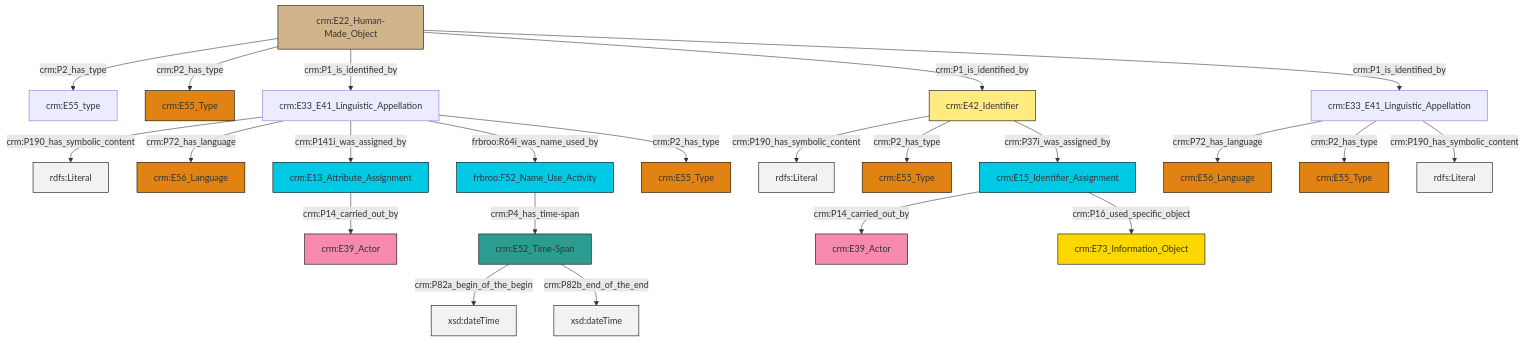
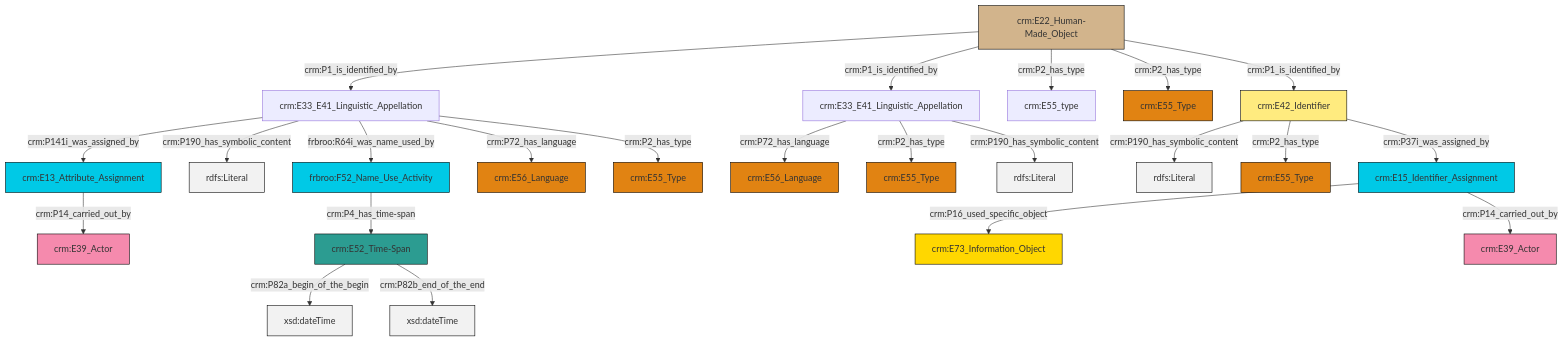
Before and after one commit to swiss-art-research-net/reference-data-models: the diagram in et/artworkCSV/ttl/mmd/Artwork_Name.ttl.mmd, drawn with Mermaid. The commit also changed 127 other files, not shown here.

```diff
--- a/et/artworkCSV/ttl/mmd/Artwork_Name.ttl.mmd
+++ b/et/artworkCSV/ttl/mmd/Artwork_Name.ttl.mmd
@@ -1,37 +1,37 @@
 graph TD
 classDef Literal fill:#f2f2f2,stroke:#000000;
 classDef CRM_Entity fill:#FFFFFF,stroke:#000000;
 classDef Temporal_Entity fill:#00C9E6, stroke:#000000;
 classDef Type fill:#E18312, stroke:#000000;
 classDef Time-Span fill:#2C9C91, stroke:#000000;
 classDef Appellation fill:#FFEB7F, stroke:#000000;
 classDef Place fill:#008836, stroke:#000000;
 classDef Persistent_Item fill:#B266B2, stroke:#000000;
 classDef Conceptual_Object fill:#FFD700, stroke:#000000;
 classDef Physical_Thing fill:#D2B48C, stroke:#000000;
 classDef Actor fill:#f58aad, stroke:#000000;
 classDef PC_Classes fill:#4ce600, stroke:#000000;
 classDef Multi fill:#cccccc,stroke:#000000;
 
-4["crm:E22_Human-Made_Object"]:::Physical_Thing -->|crm:P2_has_type| 6["crm:E55_type"]:::Default
-2["crm:E52_Time-Span"]:::Time-Span -->|crm:P82a_begin_of_the_begin| 8[xsd:dateTime]:::Literal
-4["crm:E22_Human-Made_Object"]:::Physical_Thing -->|crm:P2_has_type| 9["crm:E55_Type"]:::Type
-10["frbroo:F52_Name_Use_Activity"]:::Temporal_Entity -->|crm:P4_has_time-span| 2["crm:E52_Time-Span"]:::Time-Span
-11["crm:E33_E41_Linguistic_Appellation"]:::Default -->|crm:P72_has_language| 12["crm:E56_Language"]:::Type
-19["crm:E33_E41_Linguistic_Appellation"]:::Default -->|crm:P190_has_symbolic_content| 20[rdfs:Literal]:::Literal
-19["crm:E33_E41_Linguistic_Appellation"]:::Default -->|crm:P72_has_language| 22["crm:E56_Language"]:::Type
-11["crm:E33_E41_Linguistic_Appellation"]:::Default -->|crm:P2_has_type| 17["crm:E55_Type"]:::Type
-23["crm:E42_Identifier"]:::Appellation -->|crm:P190_has_symbolic_content| 24[rdfs:Literal]:::Literal
-23["crm:E42_Identifier"]:::Appellation -->|crm:P2_has_type| 25["crm:E55_Type"]:::Type
-11["crm:E33_E41_Linguistic_Appellation"]:::Default -->|crm:P190_has_symbolic_content| 28[rdfs:Literal]:::Literal
-19["crm:E33_E41_Linguistic_Appellation"]:::Default -->|crm:P141i_was_assigned_by| 29["crm:E13_Attribute_Assignment"]:::Temporal_Entity
-23["crm:E42_Identifier"]:::Appellation -->|crm:P37i_was_assigned_by| 30["crm:E15_Identifier_Assignment"]:::Temporal_Entity
-30["crm:E15_Identifier_Assignment"]:::Temporal_Entity -->|crm:P14_carried_out_by| 31["crm:E39_Actor"]:::Actor
-19["crm:E33_E41_Linguistic_Appellation"]:::Default -->|frbroo:R64i_was_name_used_by| 10["frbroo:F52_Name_Use_Activity"]:::Temporal_Entity
-4["crm:E22_Human-Made_Object"]:::Physical_Thing -->|crm:P1_is_identified_by| 19["crm:E33_E41_Linguistic_Appellation"]:::Default
-19["crm:E33_E41_Linguistic_Appellation"]:::Default -->|crm:P2_has_type| 26["crm:E55_Type"]:::Type
-2["crm:E52_Time-Span"]:::Time-Span -->|crm:P82b_end_of_the_end| 36[xsd:dateTime]:::Literal
-4["crm:E22_Human-Made_Object"]:::Physical_Thing -->|crm:P1_is_identified_by| 23["crm:E42_Identifier"]:::Appellation
-4["crm:E22_Human-Made_Object"]:::Physical_Thing -->|crm:P1_is_identified_by| 11["crm:E33_E41_Linguistic_Appellation"]:::Default
-30["crm:E15_Identifier_Assignment"]:::Temporal_Entity -->|crm:P16_used_specific_object| 0["crm:E73_Information_Object"]:::Conceptual_Object
-29["crm:E13_Attribute_Assignment"]:::Temporal_Entity -->|crm:P14_carried_out_by| 14["crm:E39_Actor"]:::Actor
+0["crm:E22_Human-Made_Object"]:::Physical_Thing -->|crm:P1_is_identified_by| 1["crm:E33_E41_Linguistic_Appellation"]:::Default
+0["crm:E22_Human-Made_Object"]:::Physical_Thing -->|crm:P1_is_identified_by| 6["crm:E33_E41_Linguistic_Appellation"]:::Default
+0["crm:E22_Human-Made_Object"]:::Physical_Thing -->|crm:P2_has_type| 7["crm:E55_type"]:::Default
+0["crm:E22_Human-Made_Object"]:::Physical_Thing -->|crm:P2_has_type| 9["crm:E55_Type"]:::Type
+10["crm:E42_Identifier"]:::Appellation -->|crm:P190_has_symbolic_content| 11[rdfs:Literal]:::Literal
+0["crm:E22_Human-Made_Object"]:::Physical_Thing -->|crm:P1_is_identified_by| 10["crm:E42_Identifier"]:::Appellation
+1["crm:E33_E41_Linguistic_Appellation"]:::Default -->|crm:P141i_was_assigned_by| 2["crm:E13_Attribute_Assignment"]:::Temporal_Entity
+4["frbroo:F52_Name_Use_Activity"]:::Temporal_Entity -->|crm:P4_has_time-span| 12["crm:E52_Time-Span"]:::Time-Span
+6["crm:E33_E41_Linguistic_Appellation"]:::Default -->|crm:P72_has_language| 14["crm:E56_Language"]:::Type
+10["crm:E42_Identifier"]:::Appellation -->|crm:P2_has_type| 18["crm:E55_Type"]:::Type
+10["crm:E42_Identifier"]:::Appellation -->|crm:P37i_was_assigned_by| 26["crm:E15_Identifier_Assignment"]:::Temporal_Entity
+12["crm:E52_Time-Span"]:::Time-Span -->|crm:P82a_begin_of_the_begin| 27[xsd:dateTime]:::Literal
+2["crm:E13_Attribute_Assignment"]:::Temporal_Entity -->|crm:P14_carried_out_by| 22["crm:E39_Actor"]:::Actor
+1["crm:E33_E41_Linguistic_Appellation"]:::Default -->|crm:P190_has_symbolic_content| 28[rdfs:Literal]:::Literal
+26["crm:E15_Identifier_Assignment"]:::Temporal_Entity -->|crm:P16_used_specific_object| 16["crm:E73_Information_Object"]:::Conceptual_Object
+26["crm:E15_Identifier_Assignment"]:::Temporal_Entity -->|crm:P14_carried_out_by| 20["crm:E39_Actor"]:::Actor
+6["crm:E33_E41_Linguistic_Appellation"]:::Default -->|crm:P2_has_type| 29["crm:E55_Type"]:::Type
+6["crm:E33_E41_Linguistic_Appellation"]:::Default -->|crm:P190_has_symbolic_content| 38[rdfs:Literal]:::Literal
+1["crm:E33_E41_Linguistic_Appellation"]:::Default -->|frbroo:R64i_was_name_used_by| 4["frbroo:F52_Name_Use_Activity"]:::Temporal_Entity
+12["crm:E52_Time-Span"]:::Time-Span -->|crm:P82b_end_of_the_end| 39[xsd:dateTime]:::Literal
+1["crm:E33_E41_Linguistic_Appellation"]:::Default -->|crm:P72_has_language| 24["crm:E56_Language"]:::Type
+1["crm:E33_E41_Linguistic_Appellation"]:::Default -->|crm:P2_has_type| 34["crm:E55_Type"]:::Type
```
